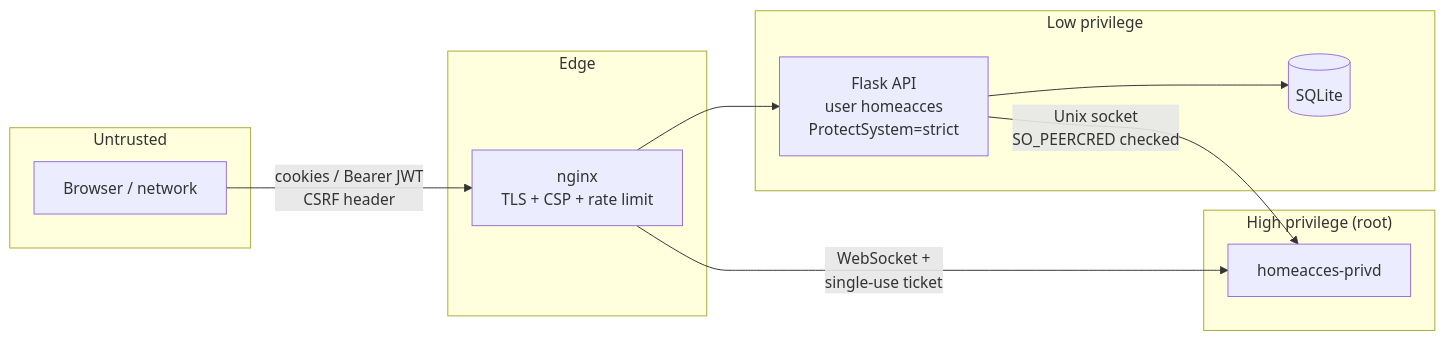
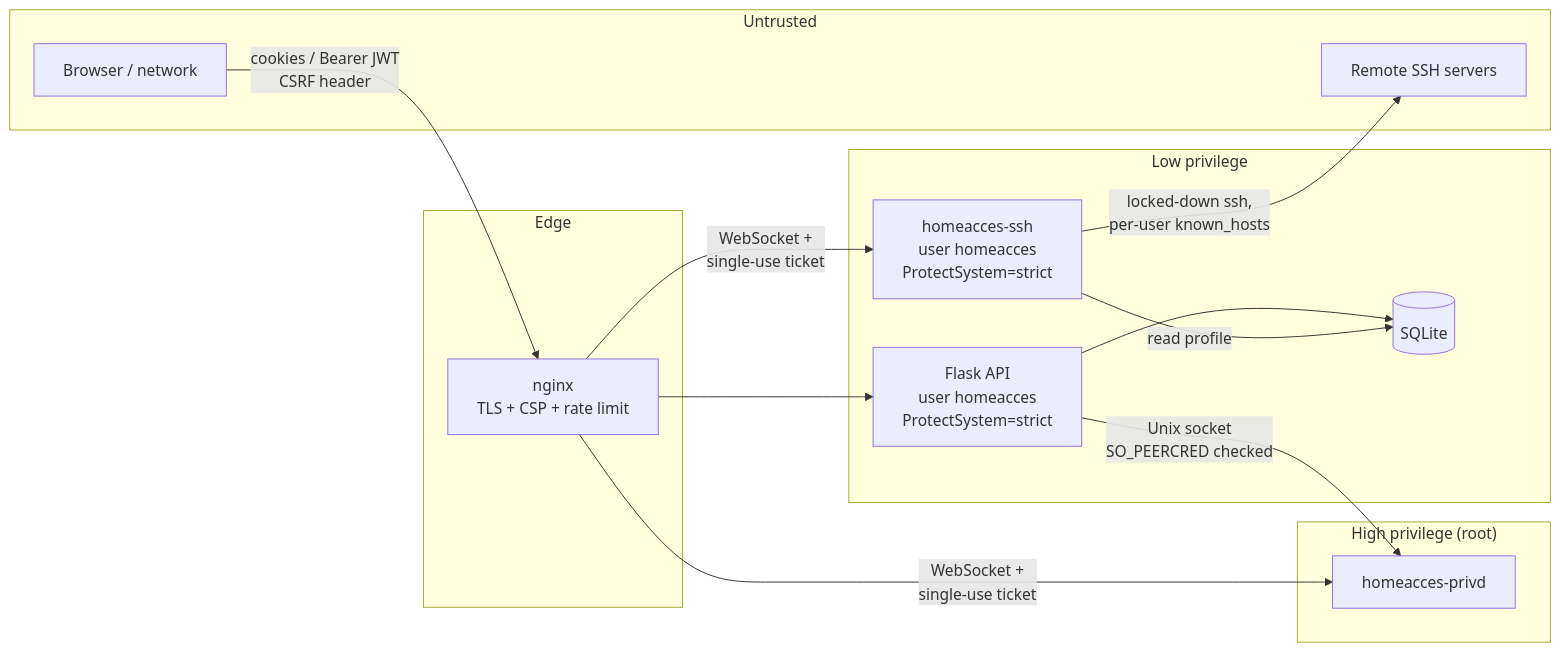
One commit to juanecito/Home_Access_Web changed the second of 4 diagrams in doc/01-architecture.md. Above: the diagram before and after it, drawn with Mermaid. The commit also changed other lines of this file and 40 other files, not shown here.

````diff
--- a/doc/01-architecture.md
+++ b/doc/01-architecture.md
@@ -79,21 +98,26 @@
 ```mermaid
 flowchart LR
     subgraph U["Untrusted"]
         B["Browser / network"]
+        RS["Remote SSH servers"]
     end
     subgraph DMZ["Edge"]
         N["nginx<br/>TLS + CSP + rate limit"]
     end
     subgraph LP["Low privilege"]
         A["Flask API<br/>user homeacces<br/>ProtectSystem=strict"]
+        S["homeacces-ssh<br/>user homeacces<br/>ProtectSystem=strict"]
         D[("SQLite")]
     end
     subgraph HP["High privilege (root)"]
         P["homeacces-privd"]
     end
     B -- "cookies / Bearer JWT<br/>CSRF header" --> N
     N --> A
     N -- "WebSocket +<br/>single-use ticket" --> P
+    N -- "WebSocket +<br/>single-use ticket" --> S
     A --> D
+    S -- "read profile" --> D
     A -- "Unix socket<br/>SO_PEERCRED checked" --> P
+    S -- "locked-down ssh,<br/>per-user known_hosts" --> RS
 ```
````
